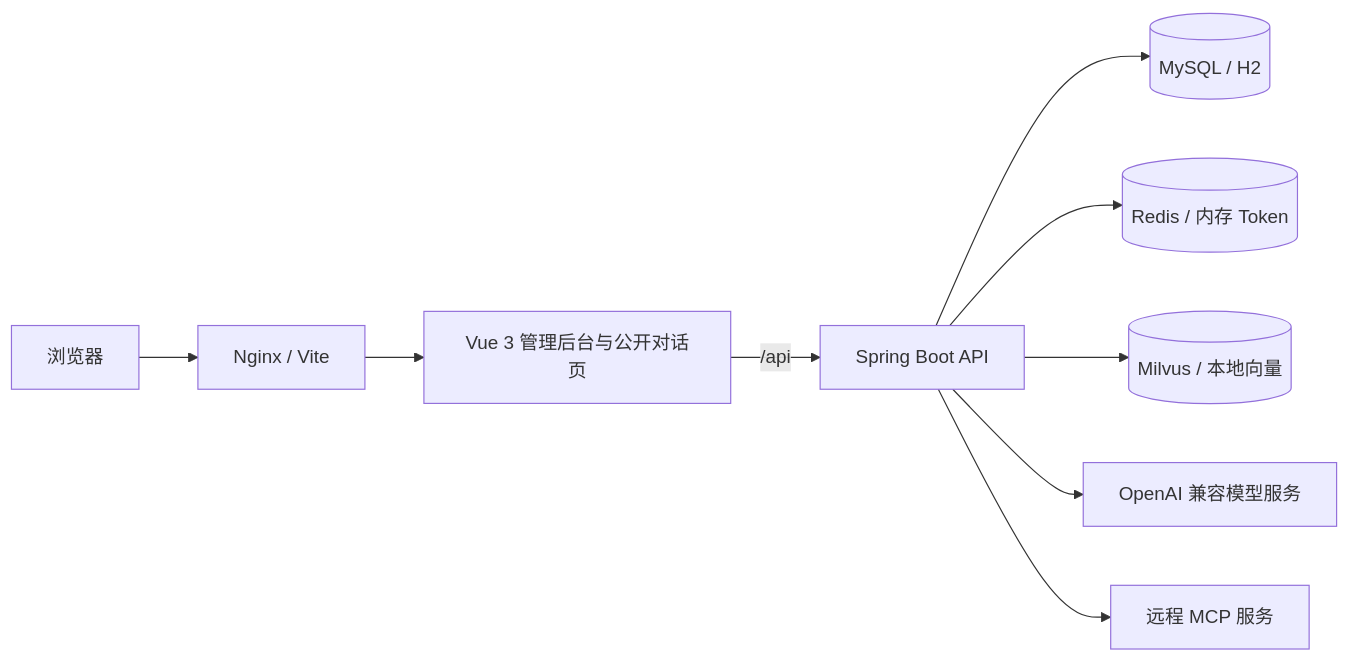
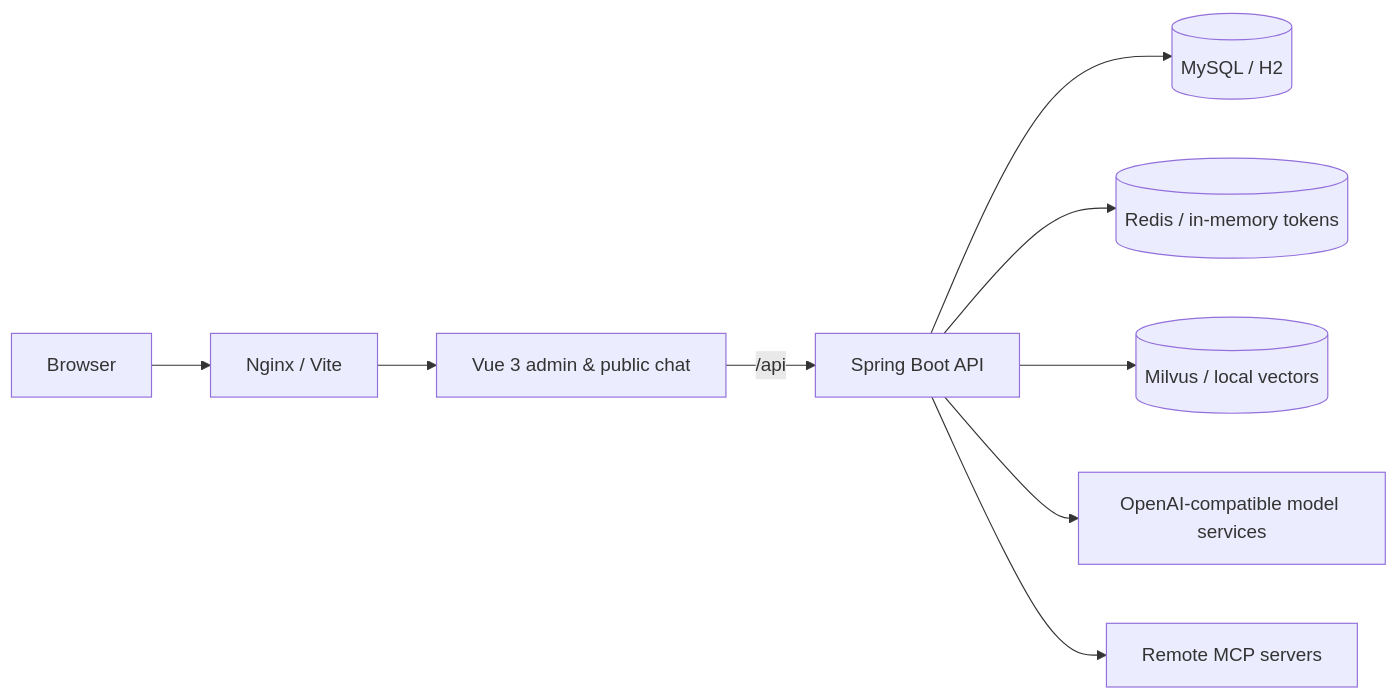
Before and after one commit to wukingsea/King-Agent-Platform: the diagram in README.md, drawn with Mermaid. The commit also changed other lines of this file, not shown here.

````diff
--- a/README.md
+++ b/README.md
@@ -41,11 +41,11 @@
 ```mermaid
 flowchart LR
-    U[浏览器] --> N[Nginx / Vite]
-    N --> UI[Vue 3 管理后台与公开对话页]
+    U[Browser] --> N[Nginx / Vite]
+    N --> UI[Vue 3 admin & public chat]
     UI -->|/api| A[Spring Boot API]
     A --> DB[(MySQL / H2)]
-    A --> R[(Redis / 内存 Token)]
-    A --> M[(Milvus / 本地向量)]
-    A --> L[OpenAI 兼容模型服务]
-    A --> X[远程 MCP 服务]
+    A --> R[(Redis / in-memory tokens)]
+    A --> M[(Milvus / local vectors)]
+    A --> L[OpenAI-compatible model services]
+    A --> X[Remote MCP servers]
 ```
````
